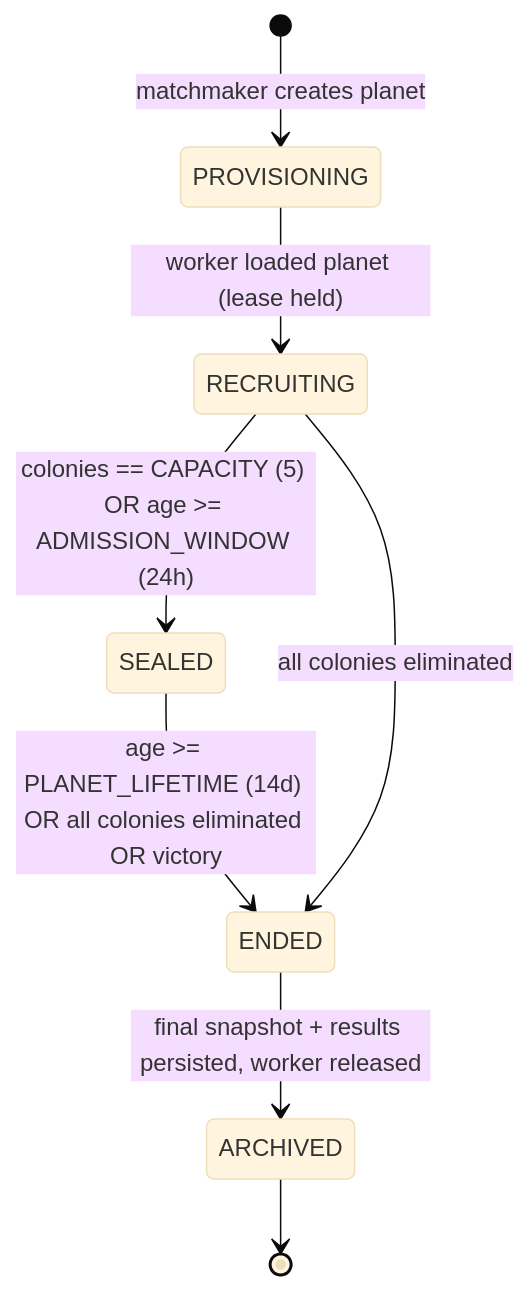
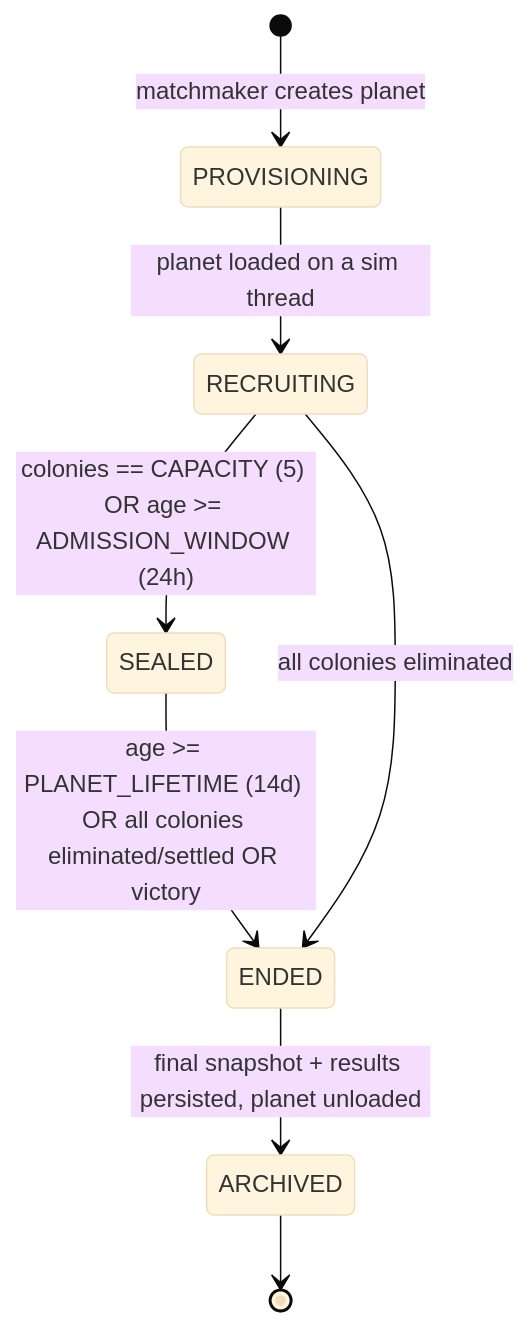
The third of 3 diagrams in docs/spec/ARCHITECTURE.md (recferret-bit/terraagent), drawn with Mermaid (base theme) before and after one commit. The commit also changed other lines of this file and 63 other files, not shown here.

````diff
--- a/docs/spec/ARCHITECTURE.md
+++ b/docs/spec/ARCHITECTURE.md
@@ -234,10 +179,10 @@
 ```mermaid
 stateDiagram-v2
   [*] --> PROVISIONING: matchmaker creates planet
-  PROVISIONING --> RECRUITING: worker loaded planet (lease held)
+  PROVISIONING --> RECRUITING: planet loaded on a sim thread
   RECRUITING --> SEALED: colonies == CAPACITY (5) OR age >= ADMISSION_WINDOW (24h)
-  SEALED --> ENDED: age >= PLANET_LIFETIME (14d) OR all colonies eliminated OR victory
+  SEALED --> ENDED: age >= PLANET_LIFETIME (14d) OR all colonies eliminated/settled OR victory
   RECRUITING --> ENDED: all colonies eliminated
-  ENDED --> ARCHIVED: final snapshot + results persisted, worker released
+  ENDED --> ARCHIVED: final snapshot + results persisted, planet unloaded
   ARCHIVED --> [*]
 ```
````
